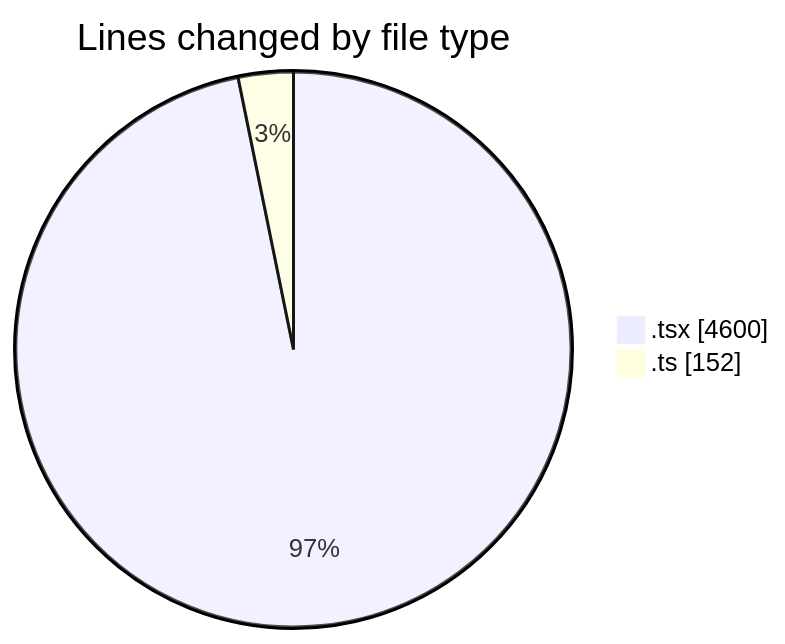
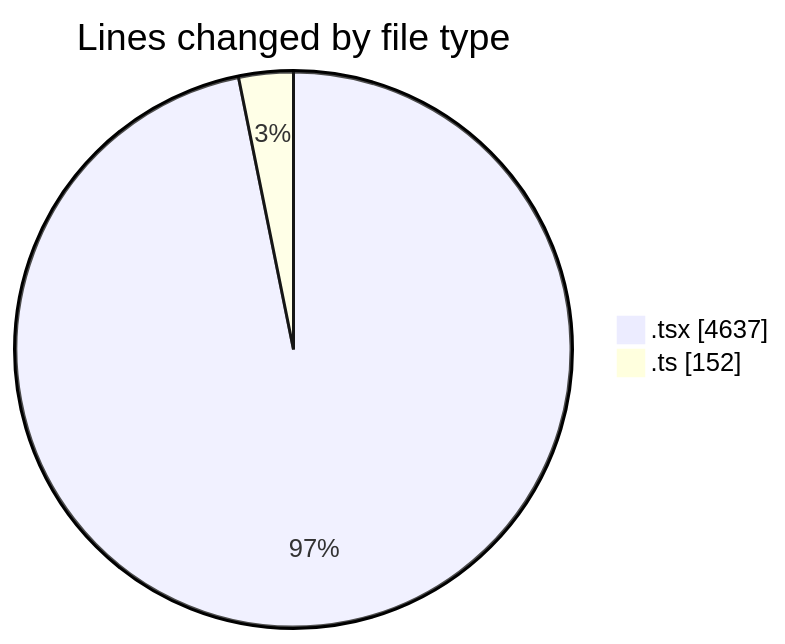
One commit to julien-gomy/code-tracking changed the first of 2 diagrams in 2025-11-18/eventscop-frontend-guide__workspace_/README.md. Above: the diagram before and after it, drawn with Mermaid. The commit also changed other lines of this file and 1 other file, not shown here.

````diff
--- a/2025-11-18/eventscop-frontend-guide__workspace_/README.md
+++ b/2025-11-18/eventscop-frontend-guide__workspace_/README.md
@@ -54,6 +55,6 @@
 ```mermaid
 pie showData
 title Lines changed by file type
-".tsx" : 4600
+".tsx" : 4637
 ".ts" : 152
 ```
````
